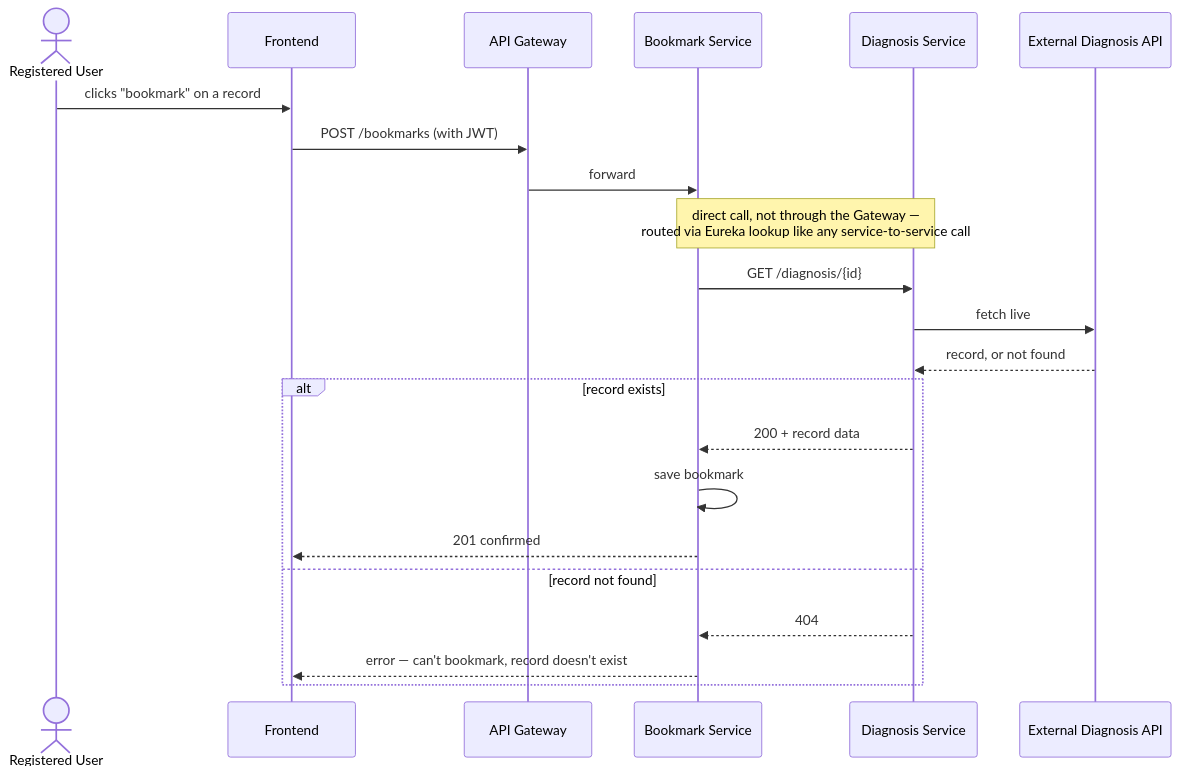
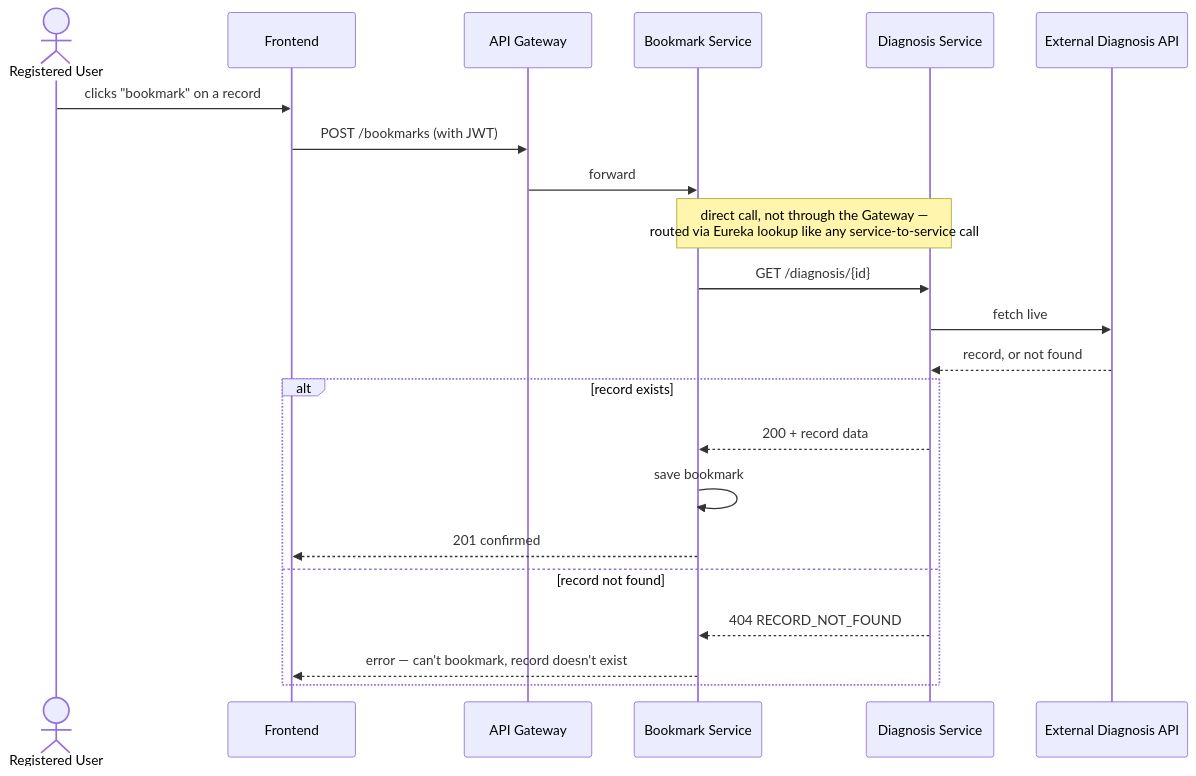
Before and after one commit to mathaisjustin/cardiac-diagonistics: the fourth of 4 diagrams in docs/01-services/diagnosis-service/flows.md, drawn with Mermaid. The commit also changed other lines of this file and 1 other file, not shown here.

First line of the commit message:
Go deep on Diagnosis: full record schema, error matrix per route

````diff
--- a/docs/01-services/diagnosis-service/flows.md
+++ b/docs/01-services/diagnosis-service/flows.md
@@ -75,26 +75,26 @@
 ```mermaid
 sequenceDiagram
     actor U as Registered User
     participant FE as Frontend
     participant GW as API Gateway
     participant B as Bookmark Service
     participant D as Diagnosis Service
     participant EXT as External Diagnosis API
 
     U->>FE: clicks "bookmark" on a record
     FE->>GW: POST /bookmarks (with JWT)
     GW->>B: forward
     Note over B,D: direct call, not through the Gateway —<br/>routed via Eureka lookup like any service-to-service call
     B->>D: GET /diagnosis/{id}
     D->>EXT: fetch live
     EXT-->>D: record, or not found
 
     alt record exists
         D-->>B: 200 + record data
         B->>B: save bookmark
         B-->>FE: 201 confirmed
     else record not found
-        D-->>B: 404
+        D-->>B: 404 RECORD_NOT_FOUND
         B-->>FE: error — can't bookmark, record doesn't exist
     end
 ```
````
